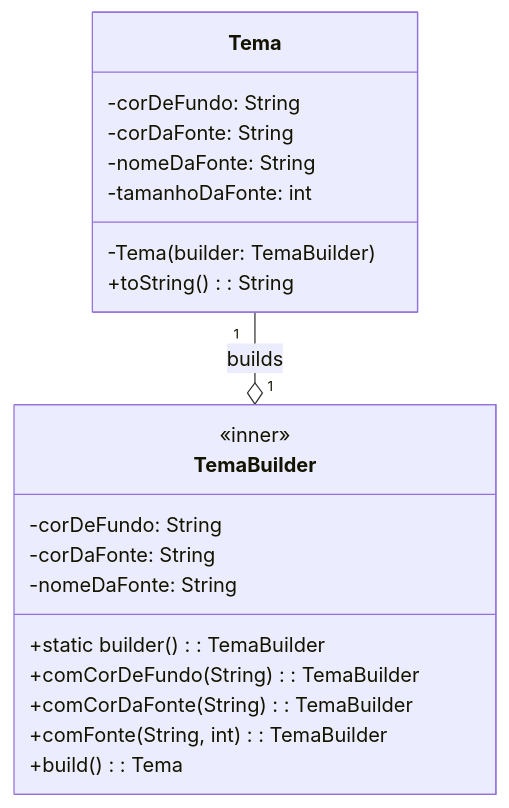
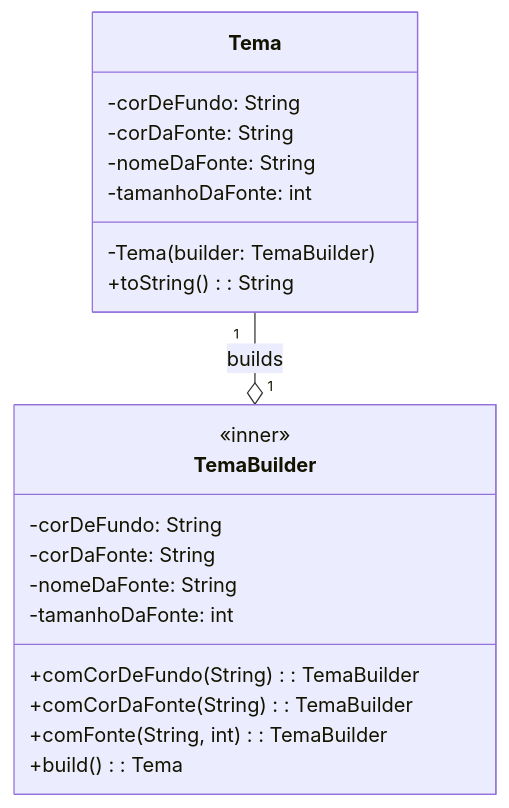
Before and after one commit to delanohelio/aps: the first of 2 diagrams in 1-criacionais/5-exercicio.md, drawn with Mermaid.

````diff
--- a/1-criacionais/5-exercicio.md
+++ b/1-criacionais/5-exercicio.md
@@ -16,25 +16,25 @@
 ```mermaid
 classDiagram
     class Tema {
         -corDeFundo: String
         -corDaFonte: String
         -nomeDaFonte: String
         -tamanhoDaFonte: int
         -Tema(builder: TemaBuilder)
         +toString(): String
     }
 
     class TemaBuilder {
         <<inner>>
         -corDeFundo: String
         -corDaFonte: String
         -nomeDaFonte: String
-        +static builder(): TemaBuilder
+        -tamanhoDaFonte: int
         +comCorDeFundo(String): TemaBuilder
         +comCorDaFonte(String): TemaBuilder
         +comFonte(String, int): TemaBuilder
         +build(): Tema
     }
 
     Tema "1" --o "1" TemaBuilder : builds
 ```
````
